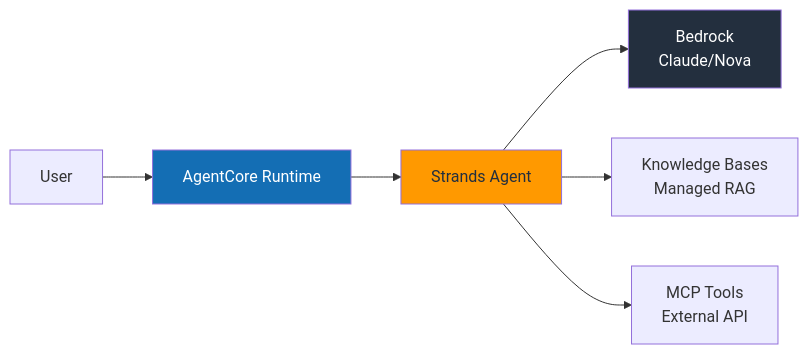
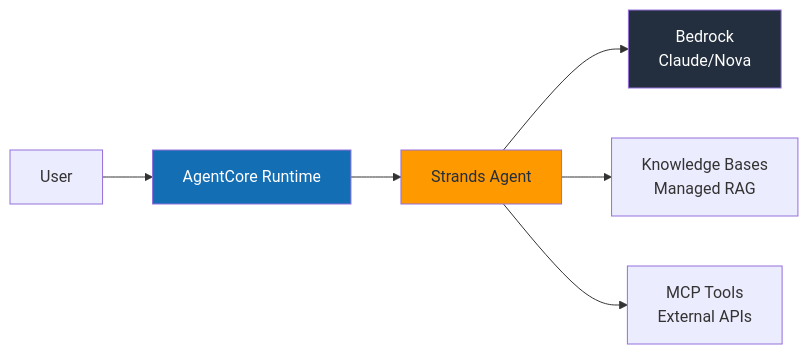
One commit to devfloor9/engineering-playbook changed the third of 5 diagrams in i18n/en/docusaurus-plugin-content-docs/current/agentic-ai-platform/design-architecture/aws-native-agentic-platform.md. Above: the diagram before and after it, drawn with Mermaid. The commit also changed other lines of this file and 95 other files, not shown here.

````diff
--- a/i18n/en/docusaurus-plugin-content-docs/current/agentic-ai-platform/design-architecture/aws-native-agentic-platform.md
+++ b/i18n/en/docusaurus-plugin-content-docs/current/agentic-ai-platform/design-architecture/aws-native-agentic-platform.md
@@ -324,12 +324,12 @@
 ```mermaid
 graph LR
     User["User"] --> Runtime["AgentCore Runtime"]
     Runtime --> Agent["Strands Agent"]
     Agent --> Bedrock["Bedrock<br/>Claude/Nova"]
     Agent --> KB["Knowledge Bases<br/>Managed RAG"]
-    Agent --> Tools["MCP Tools<br/>External API"]
+    Agent --> Tools["MCP Tools<br/>External APIs"]
 
     style Runtime fill:#146EB4,color:#fff
     style Agent fill:#FF9900,color:#232F3E
     style Bedrock fill:#232F3E,color:#fff
 ```
````
